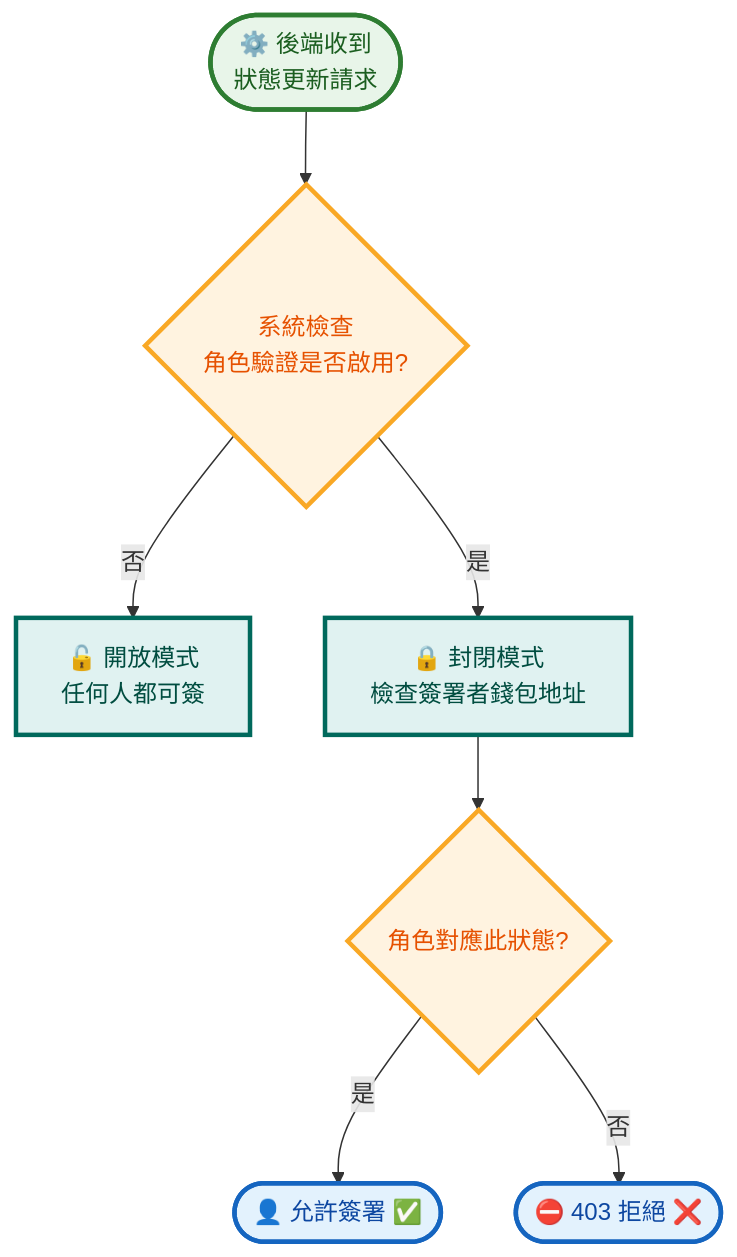
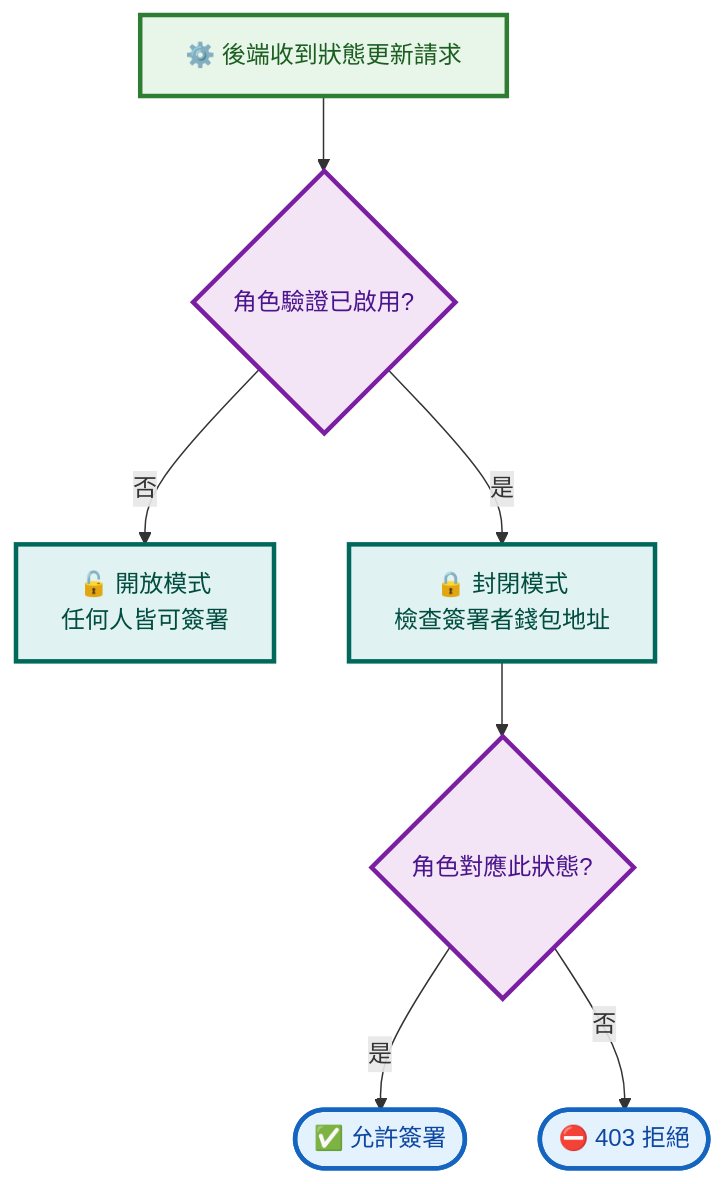
The fourth of 5 diagrams in usage-scenarios-slides.md (C112118148/MIScrypto), drawn with Mermaid before and after one commit. The commit also changed other lines of this file, not shown here.

````diff
--- a/usage-scenarios-slides.md
+++ b/usage-scenarios-slides.md
@@ -118,22 +110,23 @@
 ```mermaid
 flowchart TD
     classDef user fill:#E3F2FD,stroke:#1565C0,color:#0D47A1,stroke-width:3px,rx:12px,ry:12px
     classDef action fill:#FFF3E0,stroke:#F9A825,color:#E65100,stroke-width:3px
     classDef system fill:#E8F5E9,stroke:#2E7D32,color:#1B5E20,stroke-width:3px
     classDef data fill:#E0F2F1,stroke:#00695C,color:#004D40,stroke-width:3px
+    classDef decision fill:#F3E5F5,stroke:#7B1FA2,color:#4A148C,stroke-width:3px
 
-    A(["⚙️ 後端收到<br>狀態更新請求"]):::system
-    B{"系統檢查<br>角色驗證是否啟用?"}:::action
-    C["🔓 開放模式<br>任何人都可簽"]:::data
+    A["⚙️ 後端收到狀態更新請求"]:::system
+    B{"角色驗證已啟用?"}:::decision
+    C["🔓 開放模式<br>任何人皆可簽署"]:::data
     D["🔒 封閉模式<br>檢查簽署者錢包地址"]:::data
-    E{"角色對應此狀態?"}:::action
-    F(["👤 允許簽署 ✅"]):::user
-    G(["⛔ 403 拒絕 ❌"]):::user
+    E{"角色對應此狀態?"}:::decision
+    F(["✅ 允許簽署"]):::user
+    G(["⛔ 403 拒絕"]):::user
 
     A --> B
     B -->|"否"| C
     B -->|"是"| D
     D --> E
     E -->|"是"| F
     E -->|"否"| G
 ```
````
